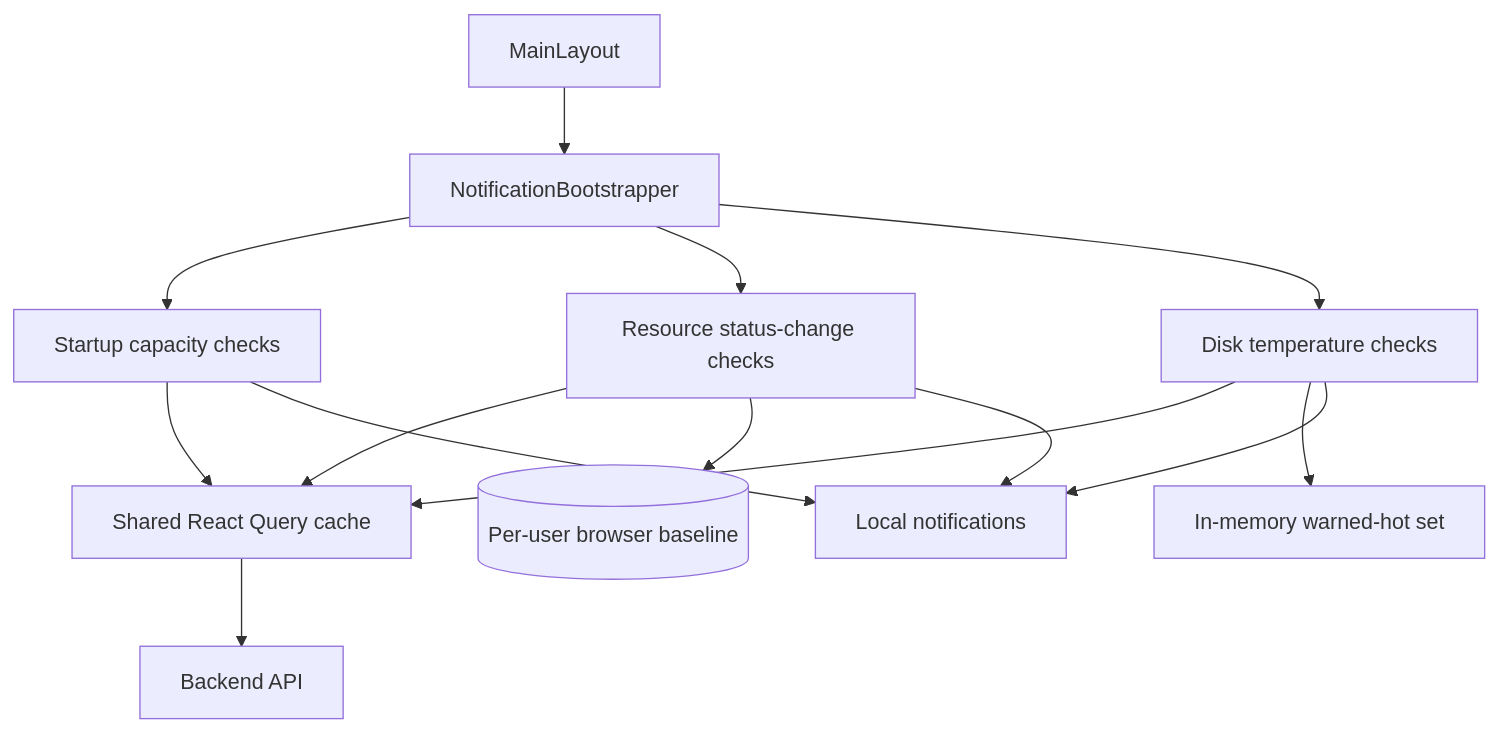
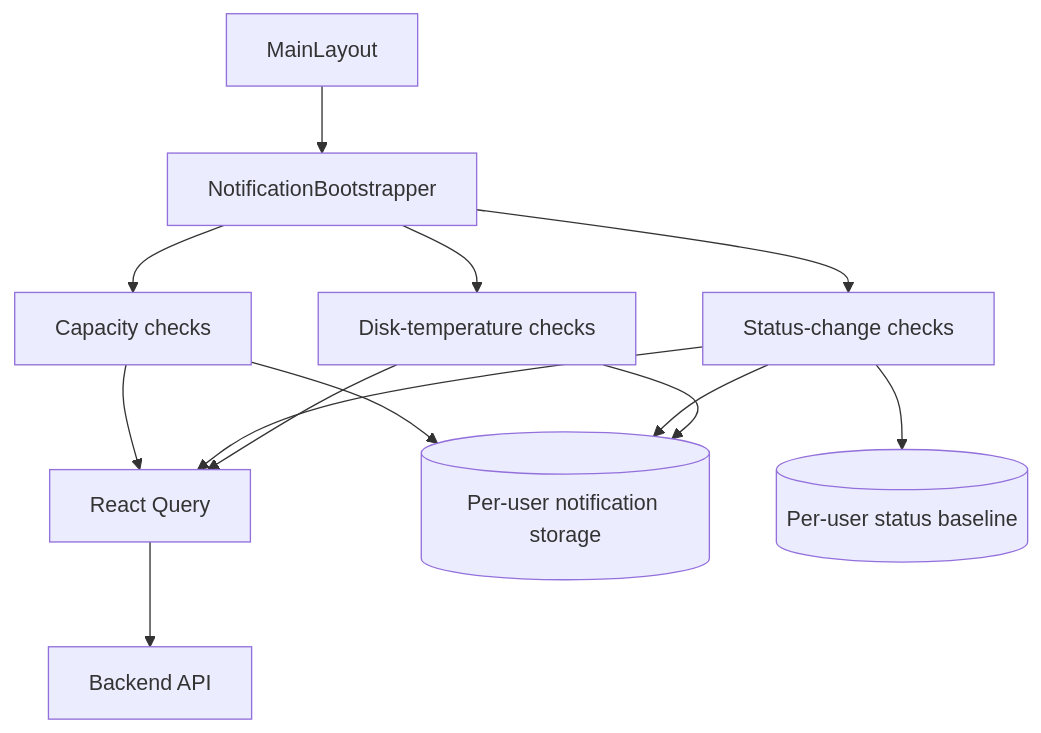
One commit to SARD-81/Soho_UI changed the first of 2 diagrams in docs/04-core-flows/notifications.md. Above: the diagram before and after it, drawn with Mermaid. The commit also changed other lines of this file, not shown here.

Commit message:
docs: align notification flow with current implementation

````diff
--- a/docs/04-core-flows/notifications.md
+++ b/docs/04-core-flows/notifications.md
@@ -19,20 +15,18 @@
 ```mermaid
 flowchart TD
     ML[MainLayout] --> NB[NotificationBootstrapper]
-    NB --> SC[Startup capacity checks]
-    NB --> RC[Resource status-change checks]
-    NB --> DT[Disk temperature checks]
+    NB --> CAP[Capacity checks]
+    NB --> STATUS[Status-change checks]
+    NB --> TEMP[Disk-temperature checks]
 
-    SC --> RQ[Shared React Query cache]
-    RC --> RQ
-    DT --> RQ
+    CAP --> RQ[React Query]
+    STATUS --> RQ
+    TEMP --> RQ
 
     RQ --> API[Backend API]
 
-    RC --> BASE[(Per-user browser baseline)]
-    DT --> HOT[In-memory warned-hot set]
-
-    SC --> LN[Local notifications]
-    RC --> LN
-    DT --> LN
+    CAP --> STORE[(Per-user notification storage)]
+    STATUS --> SNAP[(Per-user status baseline)]
+    STATUS --> STORE
+    TEMP --> STORE
 ```
````
